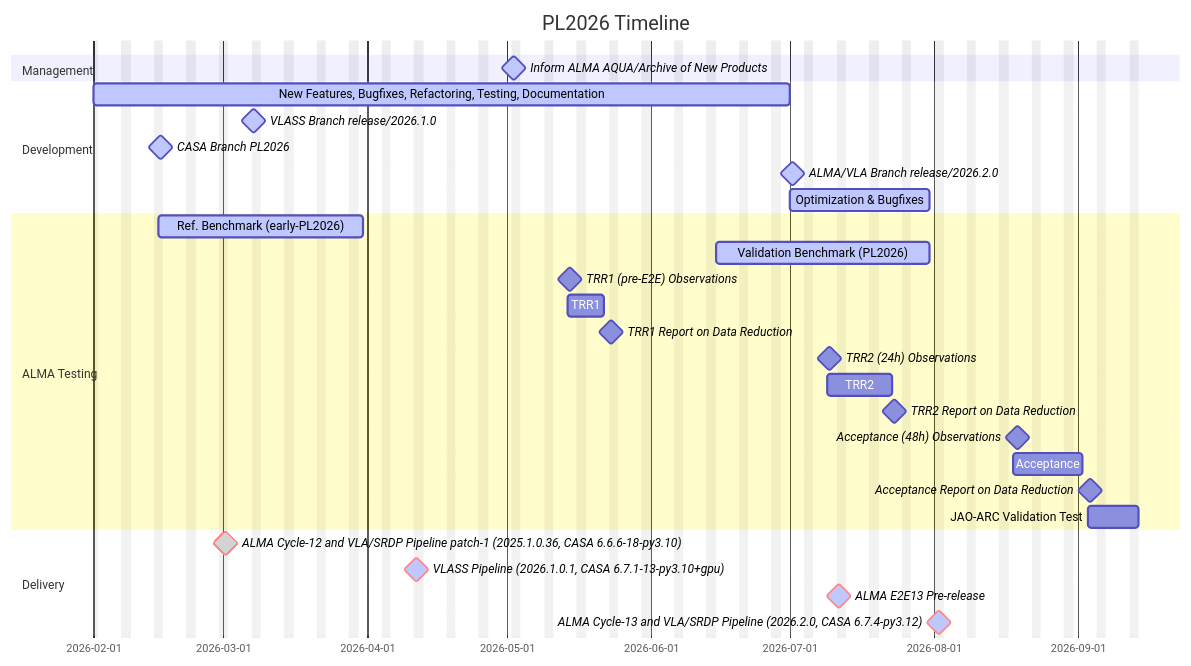
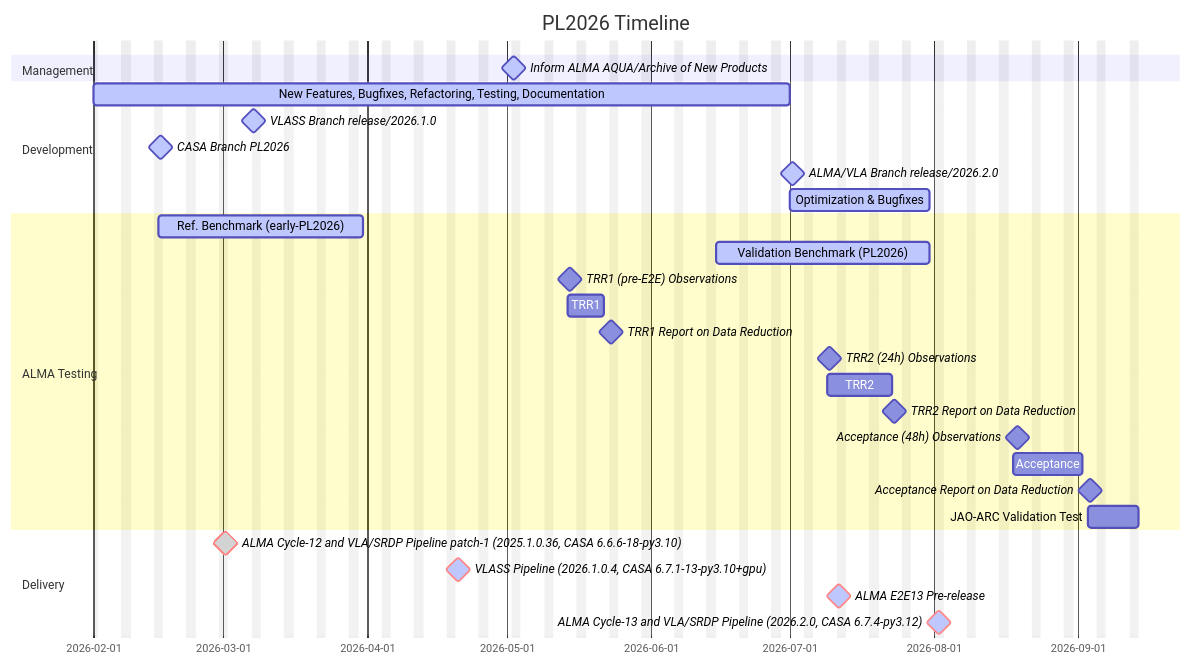
One commit to r-xue/pipeline changed the first of 2 diagrams in docs/source/timeline.md. Above: the diagram before and after it, drawn with Mermaid. The commit also changed other lines of this file, not shown here.

Commit message:
PIPE-2738: Update PL2026 timeline and milestones with revised delivery dates and version information

````diff
--- a/docs/source/timeline.md
+++ b/docs/source/timeline.md
@@ -7,43 +7,43 @@
 ```mermaid
 gantt
     title PL2026 Timeline
     dateFormat  YYYY-MM-DD
     tickInterval 1month
     excludes weekends
 
     section Management
     %% Stakeholder Planning & Prioritization       :active, des1, 2025-10-01, 2025-12-31
     %% Team F2F Meeting, Charlottesville, VA       :active,       2025-10-13, 5d
     Inform ALMA AQUA/Archive of New Products    :active, milestone, 2026-05-01, 1d
 
     section Development
     New Features, Bugfixes, Refactoring, Testing, Documentation :active,       2026-02-01, 2026-07-01
     %% VLASS Feature Dev Complete            :active, milestone, 2026-02-01, 1d
     VLASS Branch release/2026.1.0         :active, milestone, 2026-03-06, 1d
     CASA Branch PL2026                    :active, milestone, 2026-02-15, 1d
     %% ALMA/VLA Feature Dev Complete         :active, milestone, 2026-07-01, 1d
     ALMA/VLA Branch release/2026.2.0      :active, milestone, 2026-07-01, 1d
     Optimization & Bugfixes               :active, 2026-07-01, 2026-07-31
 
     section ALMA Testing
     %% Ref. Benchmark (late-PL2025)         :active, 2025-10-01, 2025-11-15
     Ref. Benchmark (early-PL2026)        :active, 2026-02-15, 2026-03-31
     Validation Benchmark (PL2026)        :active, 2026-06-15, 2026-07-31
     TRR1 (pre-E2E) Observations          :milestone, 2026-05-14, 1d
     TRR1                                 :test1, 2026-05-14, 2026-05-22
     TRR1 Report on Data Reduction        :milestone, 2026-05-22, 1d
     TRR2 (24h) Observations              :milestone, 2026-07-09, 1d
     TRR2                                 :test2, 2026-07-09, 2026-07-23
     TRR2 Report on Data Reduction        :milestone, 2026-07-23, 1d
     Acceptance (48h) Observations        :milestone, 2026-08-18, 2d
     Acceptance                           :test3, 2026-08-18, 2026-09-02
     Acceptance Report on Data Reduction  :milestone, 2026-09-03, 1d
     JAO-ARC Validation Test              :test4, 2026-09-03, 2026-09-14
 
     section Delivery
     %% ALMA Cycle-12 and VLA/SRDP Pipeline (2025.1.0.35, CASA 6.6.6-17-py3.10)  :done, crit, milestone, 2025-10-01, 1d  
     ALMA Cycle-12 and VLA/SRDP Pipeline patch-1 (2025.1.0.36, CASA 6.6.6-18-py3.10)  :done, crit, milestone, 2026-03-01, 1d      
-    VLASS Pipeline (2026.1.0.1, CASA 6.7.1-13-py3.10+gpu)             :active, crit, milestone, 2026-04-10, 1d
+    VLASS Pipeline (2026.1.0.4, CASA 6.7.1-13-py3.10+gpu)             :active, crit, milestone, 2026-04-20, 1d
     ALMA E2E13 Pre-release                :active, crit, milestone, 2026-07-10, 1d
     ALMA Cycle-13 and VLA/SRDP Pipeline (2026.2.0, CASA 6.7.4-py3.12)     :active, crit, milestone, 2026-08-01, 1d
 ```
````
